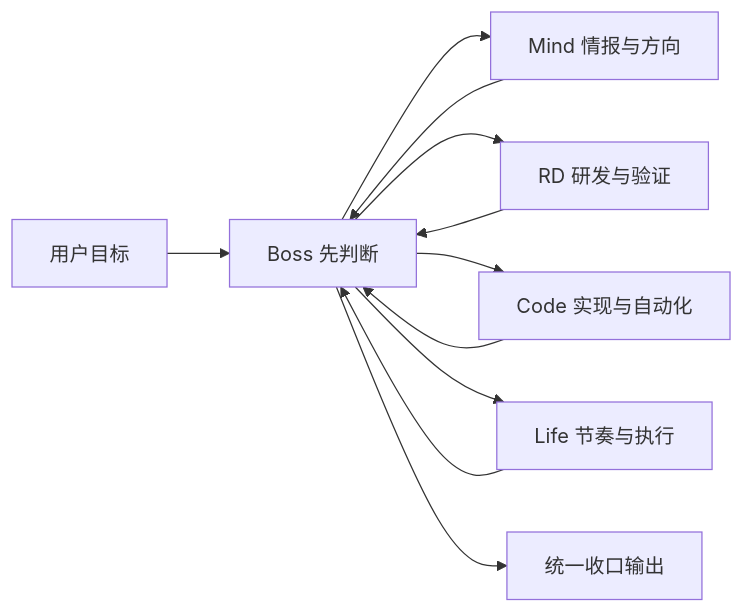
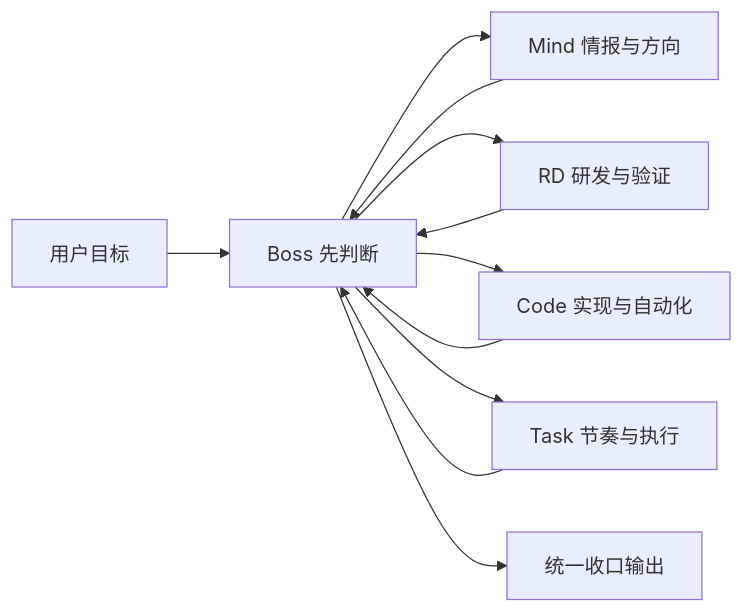
The first of 2 diagrams in 0.准则规范/智能助手行为规范.md (lost1984/lost1984.github.io), drawn with Mermaid before and after one commit. The commit also changed other lines of this file and 15 other files, not shown here.

````diff
--- a/0.准则规范/智能助手行为规范.md
+++ b/0.准则规范/智能助手行为规范.md
@@ -30,13 +30,13 @@
 ```mermaid
 flowchart LR
     U[用户目标] --> B[Boss 先判断]
     B --> M[Mind 情报与方向]
     B --> R[RD 研发与验证]
     B --> C[Code 实现与自动化]
-    B --> L[Life 节奏与执行]
+    B --> L[Task 节奏与执行]
     M --> B
     R --> B
     C --> B
     L --> B
     B --> O[统一收口输出]
 ```
````
